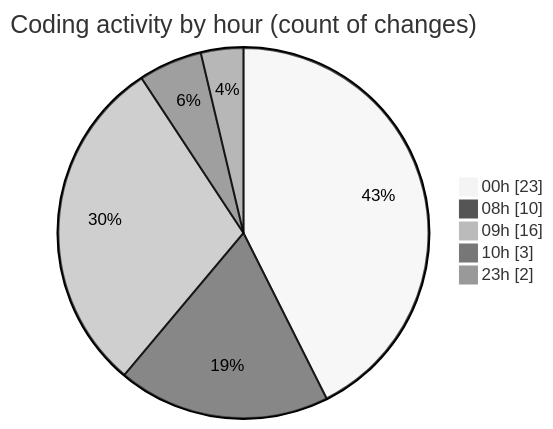
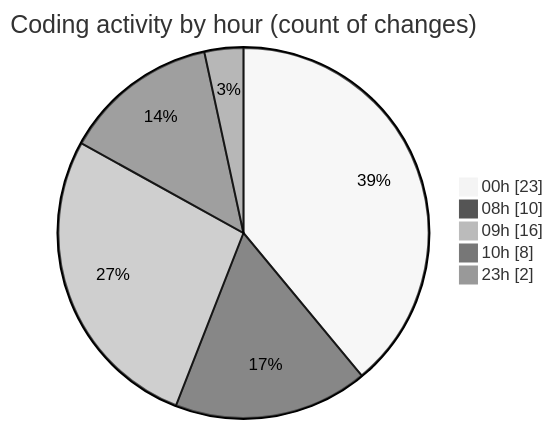
The second of 2 diagrams in 2025-05-29/advertise/README.md (Elitesun/code-tracking), drawn with Mermaid (neutral theme) before and after one commit. The commit also changed other lines of this file and 1 other file, not shown here.

````diff
--- a/2025-05-29/advertise/README.md
+++ b/2025-05-29/advertise/README.md
@@ -35,9 +35,9 @@
 ```mermaid
 pie showData
 title Coding activity by hour (count of changes)
 "00h" : 23
 "08h" : 10
 "09h" : 16
-"10h" : 3
+"10h" : 8
 "23h" : 2
 ```
````
